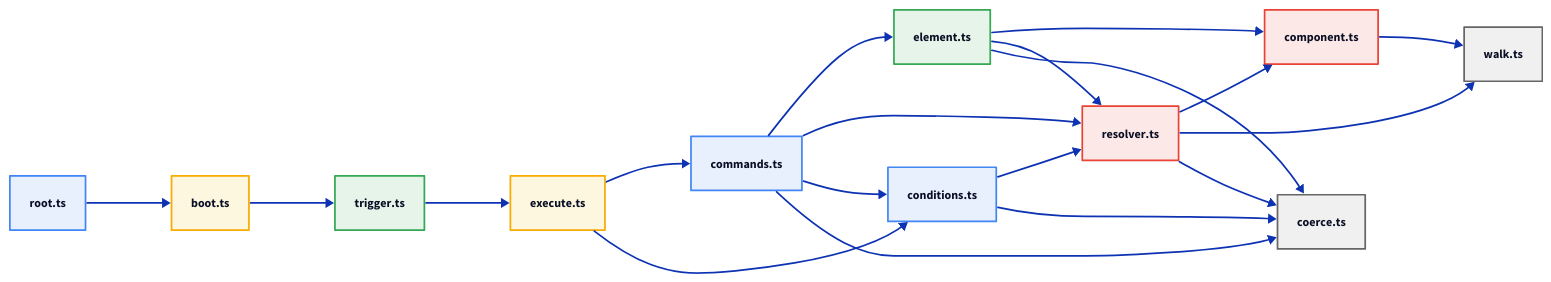
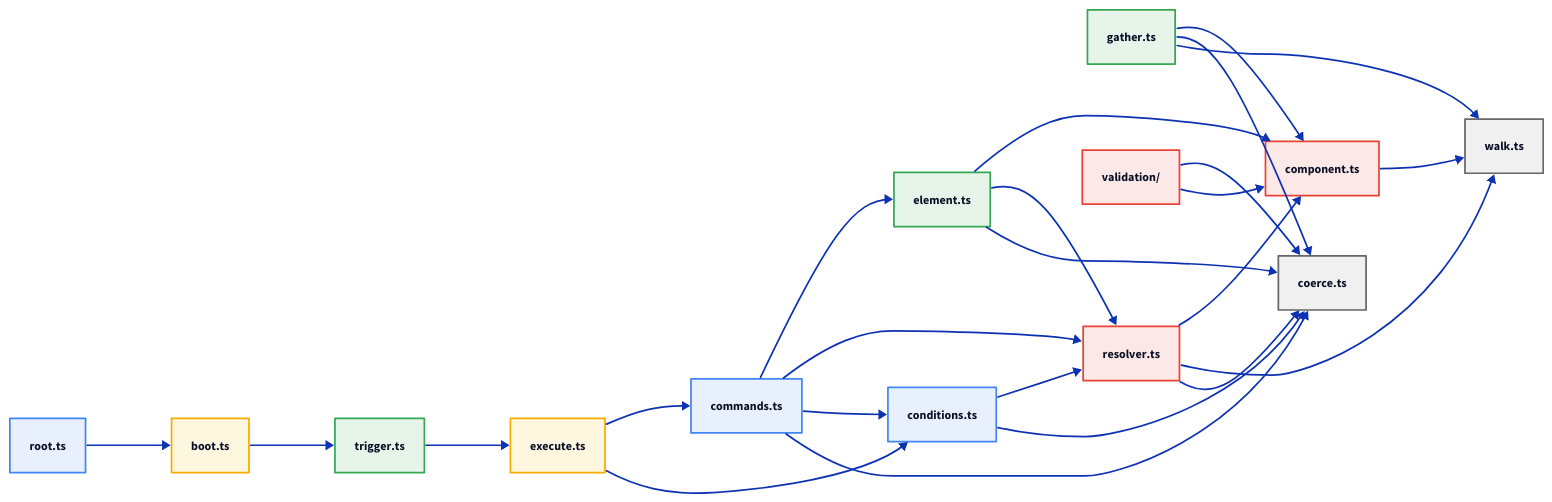
One commit to marafiq/alis-reactive changed the fifth of 5 diagrams in docs-site/src/content/docs/architecture/runtime.mdx. Above: the diagram before and after it, drawn with D2. The commit also changed other lines of this file and 2 other files, not shown here.

First line of the commit message:
docs: update docs site for coerce-first-class feature

````diff
--- a/docs-site/src/content/docs/architecture/runtime.mdx
+++ b/docs-site/src/content/docs/architecture/runtime.mdx
@@ -281,34 +312,41 @@
 ```d2
 direction: right
 
 root: "root.ts" { shape: rectangle; style.fill: "#e8f0fe"; style.stroke: "#4285f4"; style.font-size: 14 }
 boot: "boot.ts" { shape: rectangle; style.fill: "#fef7e0"; style.stroke: "#f9ab00"; style.font-size: 14 }
 trigger: "trigger.ts" { shape: rectangle; style.fill: "#e6f4ea"; style.stroke: "#34a853"; style.font-size: 14 }
 execute: "execute.ts" { shape: rectangle; style.fill: "#fef7e0"; style.stroke: "#f9ab00"; style.font-size: 14 }
 commands: "commands.ts" { shape: rectangle; style.fill: "#e8f0fe"; style.stroke: "#4285f4"; style.font-size: 14 }
 element: "element.ts" { shape: rectangle; style.fill: "#e6f4ea"; style.stroke: "#34a853"; style.font-size: 14 }
+gather: "gather.ts" { shape: rectangle; style.fill: "#e6f4ea"; style.stroke: "#34a853"; style.font-size: 14 }
 component: "component.ts" { shape: rectangle; style.fill: "#fce8e6"; style.stroke: "#ea4335"; style.font-size: 14 }
 resolver: "resolver.ts" { shape: rectangle; style.fill: "#fce8e6"; style.stroke: "#ea4335"; style.font-size: 14 }
 coerce: "coerce.ts" { shape: rectangle; style.fill: "#f0f0f0"; style.stroke: "#666"; style.font-size: 14 }
 walk: "walk.ts" { shape: rectangle; style.fill: "#f0f0f0"; style.stroke: "#666"; style.font-size: 14 }
 conditions: "conditions.ts" { shape: rectangle; style.fill: "#e8f0fe"; style.stroke: "#4285f4"; style.font-size: 14 }
+validation: "validation/" { shape: rectangle; style.fill: "#fce8e6"; style.stroke: "#ea4335"; style.font-size: 14 }
 
 root -> boot
 boot -> trigger
 trigger -> execute
 execute -> commands
 execute -> conditions
 commands -> element
 commands -> resolver
 commands -> conditions
 commands -> coerce
 element -> component
 element -> resolver
 element -> coerce
+gather -> component
+gather -> coerce
+gather -> walk
 resolver -> component
 resolver -> walk
 resolver -> coerce
 component -> walk
 conditions -> resolver
 conditions -> coerce
+validation -> coerce
+validation -> component
 ```
````
